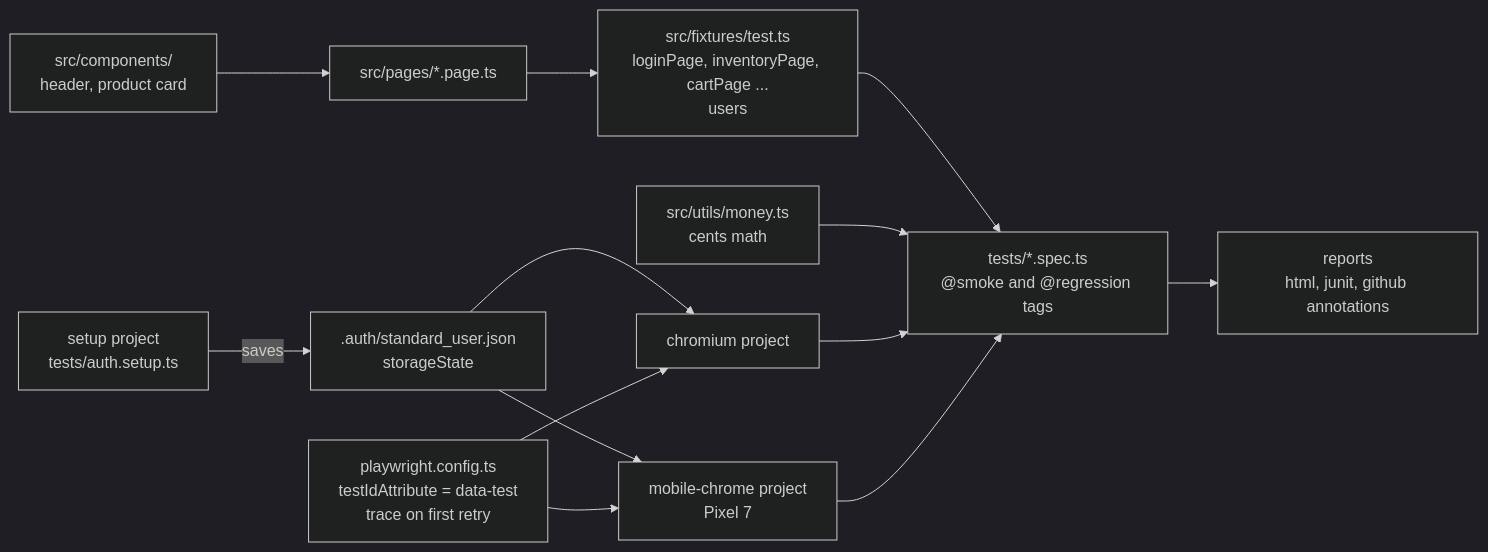
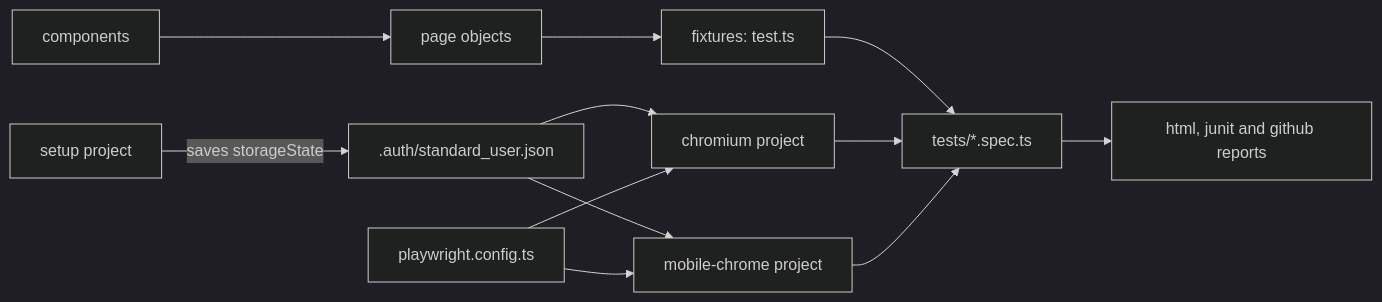
The second of 9 diagrams in docs/architecture.md (EarlFernandes/qa-automation-portfolio), drawn with Mermaid (dark theme) before and after one commit. The commit also changed other lines of this file and 35 other files, not shown here.

Commit message:
Add self-healing locators, a11y scans, visual tests, live LLM evals, Pages reports, Docker

````diff
--- a/docs/architecture.md
+++ b/docs/architecture.md
@@ -23,15 +23,14 @@
 ```mermaid
 flowchart LR
-    SETUP["setup project<br/>tests/auth.setup.ts"] -->|"saves"| STATE[".auth/standard_user.json<br/>storageState"]
+    SETUP["setup project"] -->|"saves storageState"| STATE[".auth/standard_user.json"]
     STATE --> CHROME["chromium project"]
-    STATE --> MOBILE["mobile-chrome project<br/>Pixel 7"]
-    CONF["playwright.config.ts<br/>testIdAttribute = data-test<br/>trace on first retry"] --> CHROME
+    STATE --> MOBILE["mobile-chrome project"]
+    CONF["playwright.config.ts"] --> CHROME
     CONF --> MOBILE
-    FIX["src/fixtures/test.ts<br/>loginPage, inventoryPage, cartPage ...<br/>users"] --> TESTS["tests/*.spec.ts<br/>@smoke and @regression tags"]
-    PAGES["src/pages/*.page.ts"] --> FIX
-    COMP["src/components/<br/>header, product card"] --> PAGES
-    UTIL["src/utils/money.ts<br/>cents math"] --> TESTS
+    COMP["components"] --> PAGES["page objects"]
+    PAGES --> FIX["fixtures: test.ts"]
+    FIX --> TESTS["tests/*.spec.ts"]
     CHROME --> TESTS
     MOBILE --> TESTS
-    TESTS --> REP["reports<br/>html, junit, github annotations"]
+    TESTS --> REP["html, junit and github reports"]
 ```
````
